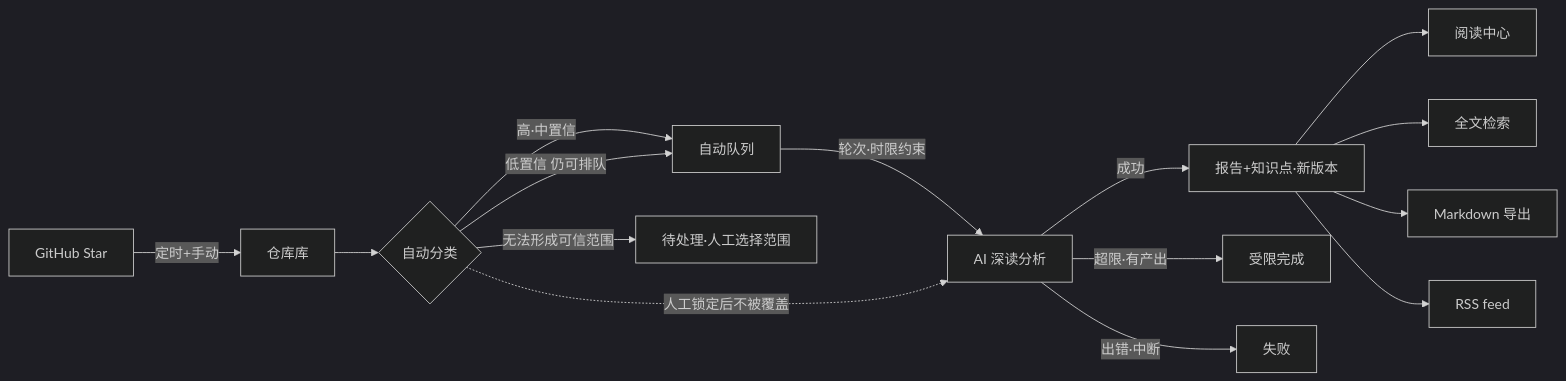
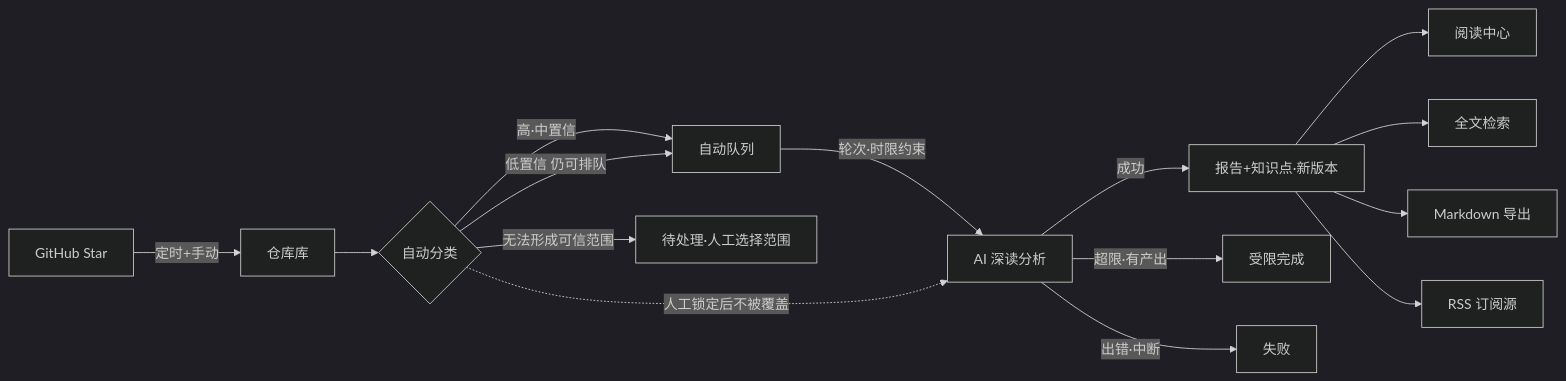
The first of 3 diagrams in docs/PRD.md (int2t05/StarDissect), drawn with Mermaid (dark theme) before and after one commit. The commit also changed other lines of this file and 34 other files, not shown here.

````diff
--- a/docs/PRD.md
+++ b/docs/PRD.md
@@ -33,17 +33,17 @@
 ```mermaid
 flowchart LR
   A[GitHub Star] -->|定时+手动| B[仓库库]
   B --> C{自动分类}
   C -->|高·中置信| D[自动队列]
   C -->|低置信 仍可排队| D
   C -->|无法形成可信范围| E[待处理·人工选择范围]
   D -->|轮次·时限约束| F[AI 深读分析]
   C -.->|人工锁定后不被覆盖| F
   F -->|成功| G[报告+知识点·新版本]
   F -->|超限·有产出| H[受限完成]
   F -->|出错·中断| I[失败]
   G --> J[阅读中心]
   G --> K[全文检索]
   G --> L[Markdown 导出]
-  G --> M[RSS feed]
+  G --> M[RSS 订阅源]
 ```
````
